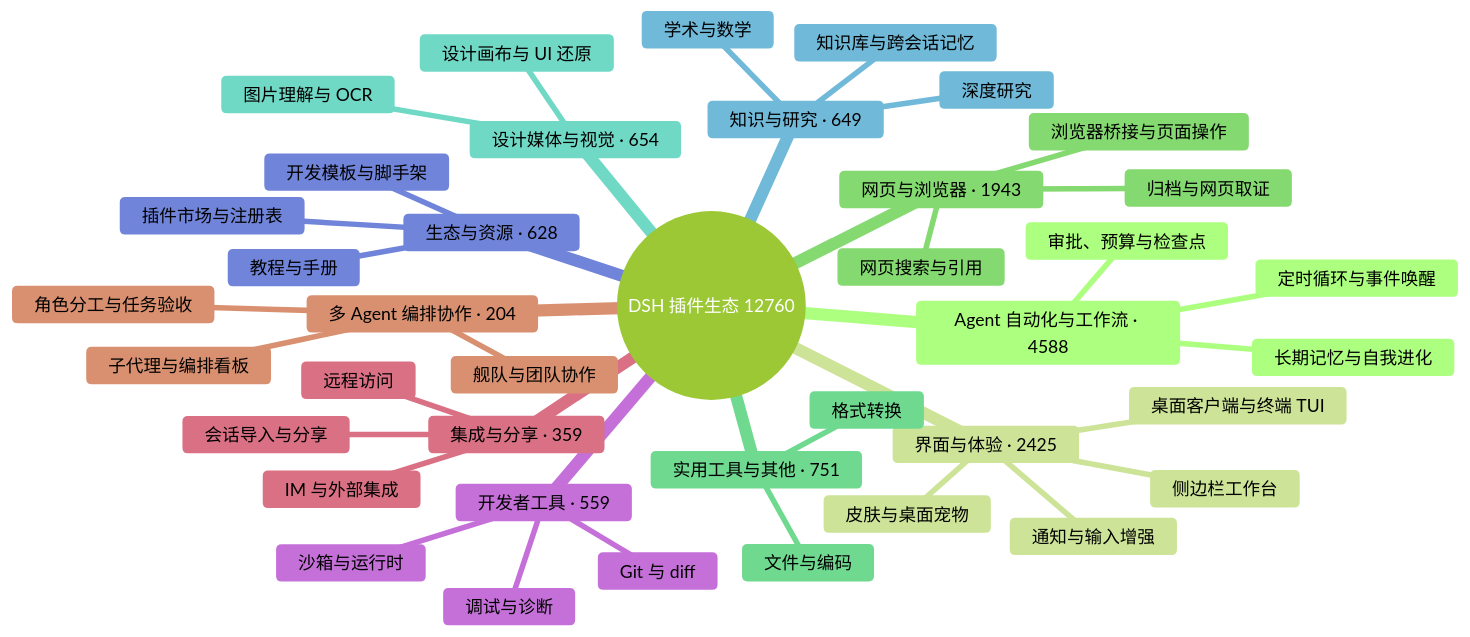
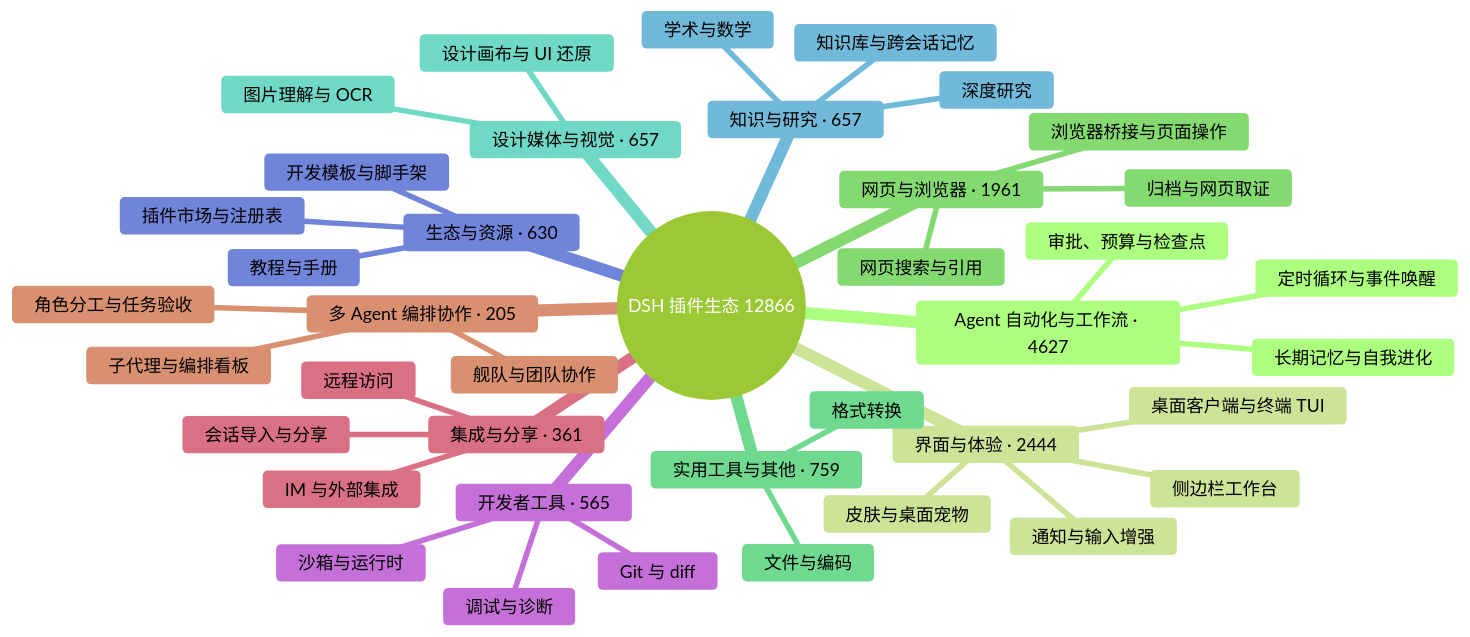
One commit to BOWLUNA/awesome-dsh-plugin changed the diagram in README.md. Above: the diagram before and after it, drawn with Mermaid (forest theme). The commit also changed other lines of this file and 20 other files, not shown here.

````diff
--- a/README.md
+++ b/README.md
@@ -33,43 +33,43 @@
 ```mermaid
 mindmap
-  root((DSH 插件生态 12760))
-    Agent 自动化与工作流 · 4588
+  root((DSH 插件生态 12866))
+    Agent 自动化与工作流 · 4627
       定时循环与事件唤醒
       长期记忆与自我进化
       审批、预算与检查点
-    界面与体验 · 2425
+    界面与体验 · 2444
       桌面客户端与终端 TUI
       侧边栏工作台
       皮肤与桌面宠物
       通知与输入增强
-    网页与浏览器 · 1943
+    网页与浏览器 · 1961
       浏览器桥接与页面操作
       网页搜索与引用
       归档与网页取证
-    实用工具与其他 · 751
+    实用工具与其他 · 759
       文件与编码
       格式转换
-    设计媒体与视觉 · 654
+    设计媒体与视觉 · 657
       图片理解与 OCR
       设计画布与 UI 还原
-    知识与研究 · 649
+    知识与研究 · 657
       知识库与跨会话记忆
       深度研究
       学术与数学
-    生态与资源 · 628
+    生态与资源 · 630
       插件市场与注册表
       开发模板与脚手架
       教程与手册
-    开发者工具 · 559
+    开发者工具 · 565
       Git 与 diff
       沙箱与运行时
       调试与诊断
-    集成与分享 · 359
+    集成与分享 · 361
       会话导入与分享
       远程访问
       IM 与外部集成
-    多 Agent 编排协作 · 204
+    多 Agent 编排协作 · 205
       子代理与编排看板
       舰队与团队协作
       角色分工与任务验收
 ```
````
